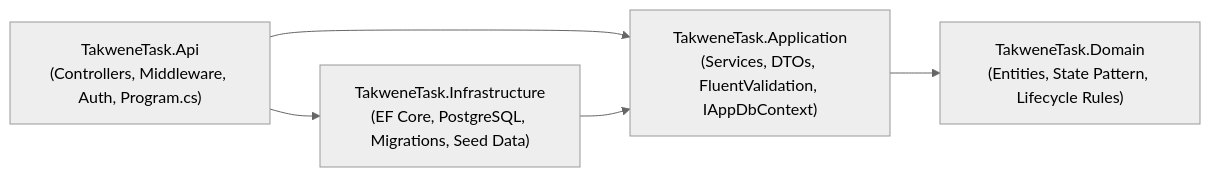
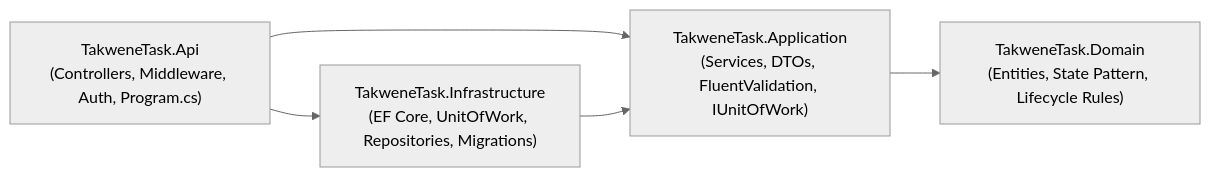
The first of 2 diagrams in README.md (kamikazeayoup/takwene-task), drawn with Mermaid (neutral theme) before and after one commit. The commit also changed other lines of this file and 1 other file, not shown here.

Commit message:
docs: document Unit of Work and centralized pagination architectural decisions

````diff
--- a/README.md
+++ b/README.md
@@ -28,12 +28,12 @@
 ```mermaid
 flowchart LR
     Api["TakweneTask.Api<br/>(Controllers, Middleware, Auth, Program.cs)"]
-    Infrastructure["TakweneTask.Infrastructure<br/>(EF Core, PostgreSQL, Migrations, Seed Data)"]
-    Application["TakweneTask.Application<br/>(Services, DTOs, FluentValidation, IAppDbContext)"]
+    Infrastructure["TakweneTask.Infrastructure<br/>(EF Core, UnitOfWork, Repositories, Migrations)"]
+    Application["TakweneTask.Application<br/>(Services, DTOs, FluentValidation, IUnitOfWork)"]
     Domain["TakweneTask.Domain<br/>(Entities, State Pattern, Lifecycle Rules)"]
 
     Api --> Application
     Api --> Infrastructure
     Infrastructure --> Application
     Application --> Domain
 ```
````
